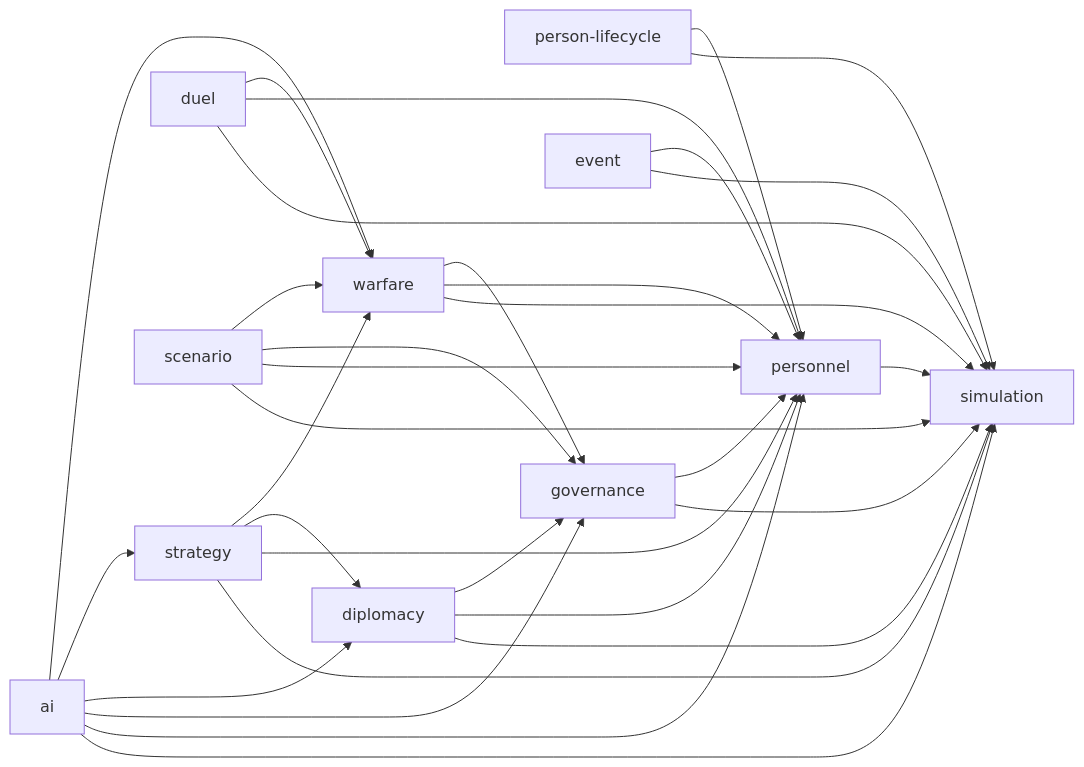
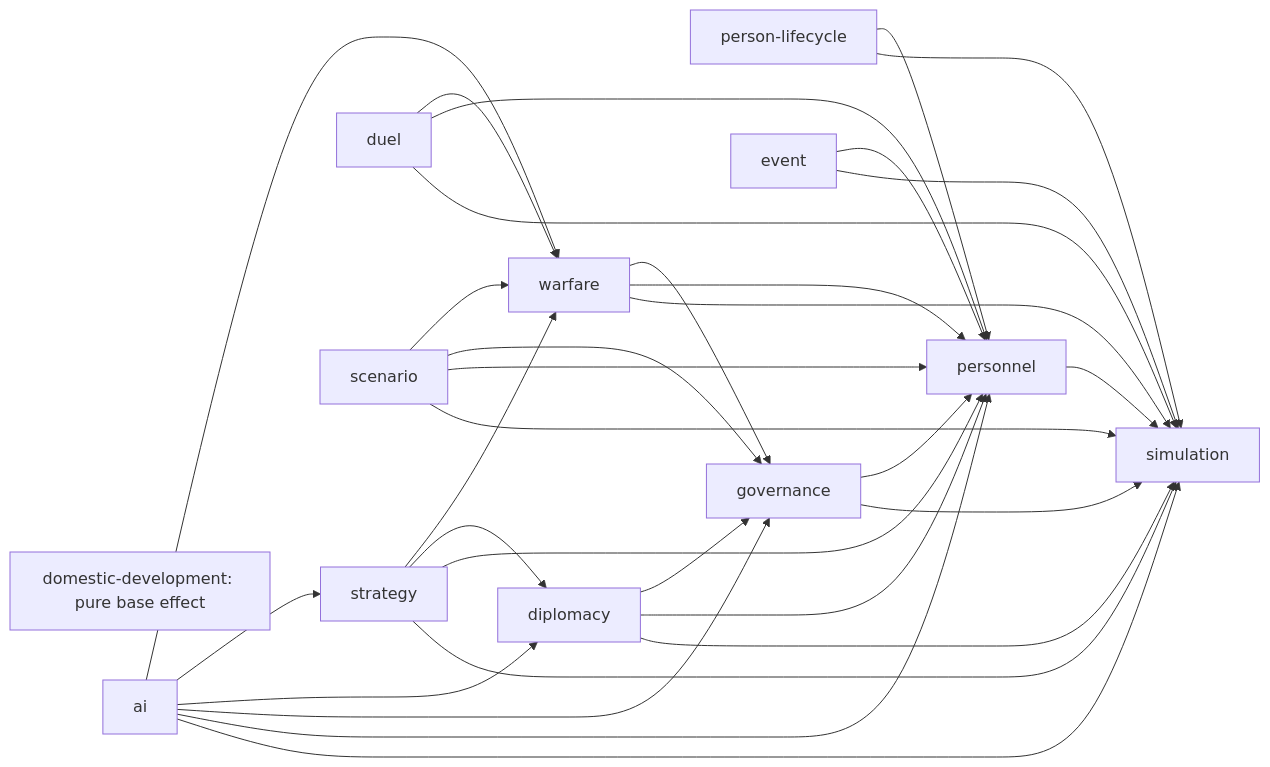
The diagram in specs/behavior/core-domain-dependency-map.md (cdd1037/san9-remake), drawn with Mermaid before and after one commit. The commit also changed other lines of this file and 53 other files, not shown here.

First line of the commit message:
feat(core): introduce runtime world state and domestic development

````diff
--- a/specs/behavior/core-domain-dependency-map.md
+++ b/specs/behavior/core-domain-dependency-map.md
@@ -18,33 +18,34 @@
 ```mermaid
 flowchart LR
+  Domestic[domestic-development: pure base effect]
   Personnel[personnel] --> Simulation[simulation]
   Lifecycle[person-lifecycle] --> Personnel
   Lifecycle --> Simulation
   Governance[governance] --> Personnel
   Governance --> Simulation
   Warfare[warfare] --> Governance
   Warfare --> Personnel
   Warfare --> Simulation
   Diplomacy[diplomacy] --> Governance
   Diplomacy --> Personnel
   Diplomacy --> Simulation
   Strategy[strategy] --> Warfare
   Strategy --> Diplomacy
   Strategy --> Personnel
   Strategy --> Simulation
   Duel[duel] --> Warfare
   Duel --> Personnel
   Duel --> Simulation
   Event[event] --> Personnel
   Event --> Simulation
   Scenario[scenario] --> Warfare
   Scenario --> Governance
   Scenario --> Personnel
   Scenario --> Simulation
   AI[ai] --> Warfare
   AI --> Strategy
   AI --> Diplomacy
   AI --> Governance
   AI --> Personnel
   AI --> Simulation
 ```
````
